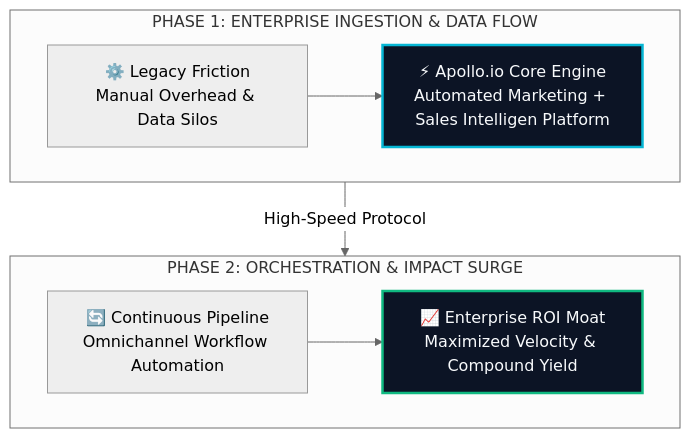
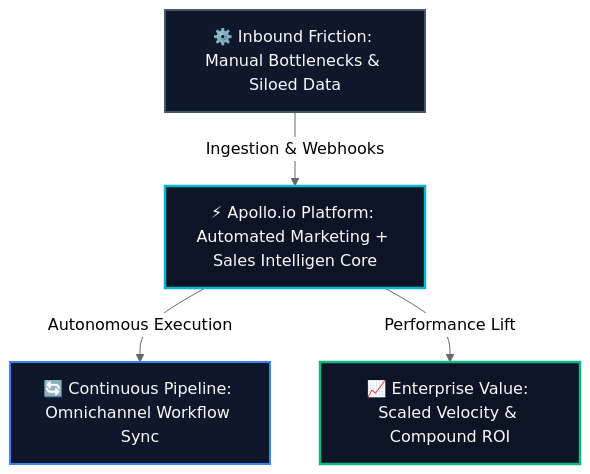
Before and after one commit to heliatech-media/saas-radar: the diagram in site/src/content/blog/apollo-io-evolution-guide-2026.md, drawn with Mermaid (neutral theme). The commit also changed 93 other files, not shown here.

First line of the commit message:
fix(diagrams): resolve dagre-d3 subgraph collision by migrating to balanced 3-tier Hub & Spoke architecture

````diff
--- a/site/src/content/blog/apollo-io-evolution-guide-2026.md
+++ b/site/src/content/blog/apollo-io-evolution-guide-2026.md
@@ -52,14 +52,14 @@
 ```mermaid
 flowchart TD
-    subgraph S1["PHASE 1: ENTERPRISE INGESTION & DATA FLOW"]
-        direction LR
-        A["⚙️ Legacy Friction<br/>Manual Overhead & Data Silos"] --> B["⚡ Apollo.io Core Engine<br/>Automated Marketing + Sales Intelligen Platform"]
-    end
-    subgraph S2["PHASE 2: ORCHESTRATION & IMPACT SURGE"]
-        direction LR
-        C["🔄 Continuous Pipeline<br/>Omnichannel Workflow Automation"] --> D["📈 Enterprise ROI Moat<br/>Maximized Velocity & Compound Yield"]
-    end
-    S1 -->|High-Speed Protocol| S2
-    style B fill:#0c1425,stroke:#06b6d4,stroke-width:2.5px,color:#f8fafc
-    style D fill:#0c1425,stroke:#10b981,stroke-width:2.5px,color:#f8fafc
+    Inp["⚙️ Inbound Friction: Manual Bottlenecks & Siloed Data"]
+    Eng["⚡ Apollo.io Platform: Automated Marketing + Sales Intelligen Core"]
+    Out1["🔄 Continuous Pipeline: Omnichannel Workflow Sync"]
+    Out2["📈 Enterprise Value: Scaled Velocity & Compound ROI"]
+    Inp -->|Ingestion & Webhooks| Eng
+    Eng -->|Autonomous Execution| Out1
+    Eng -->|Performance Lift| Out2
+    style Inp fill:#0f172a,stroke:#475569,stroke-width:2px,color:#f8fafc
+    style Eng fill:#0c1425,stroke:#06b6d4,stroke-width:2.5px,color:#f8fafc
+    style Out1 fill:#0f172a,stroke:#3b82f6,stroke-width:2px,color:#f8fafc
+    style Out2 fill:#0c1425,stroke:#10b981,stroke-width:2.5px,color:#f8fafc
 ```
````
